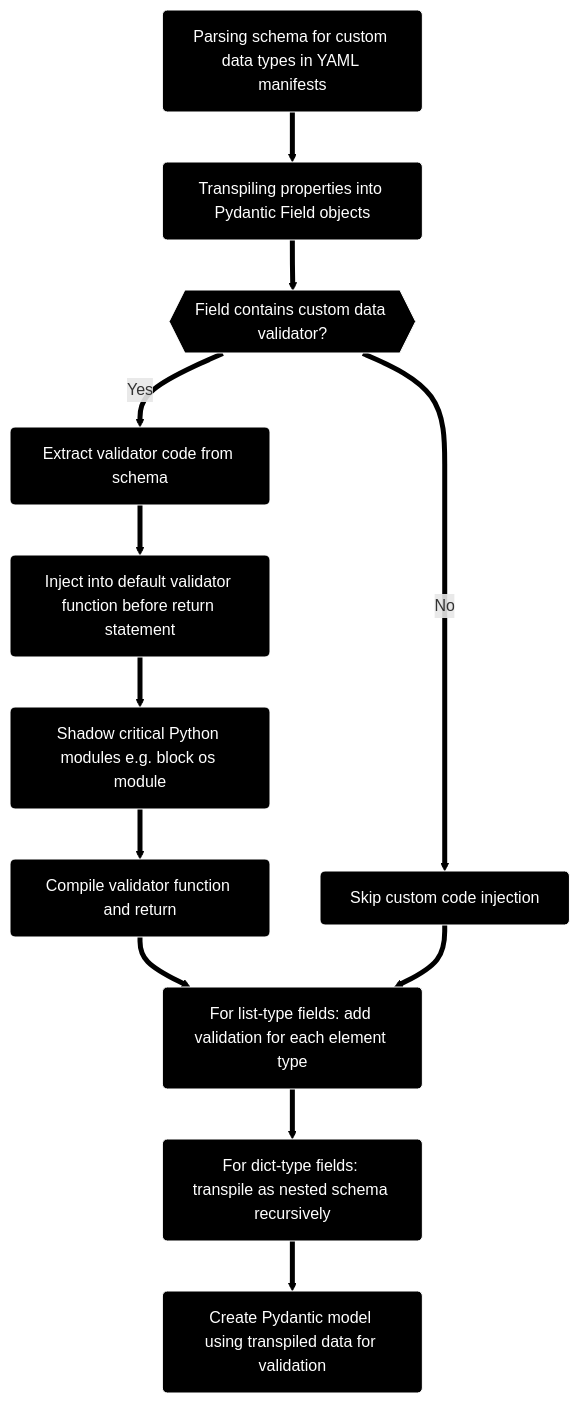
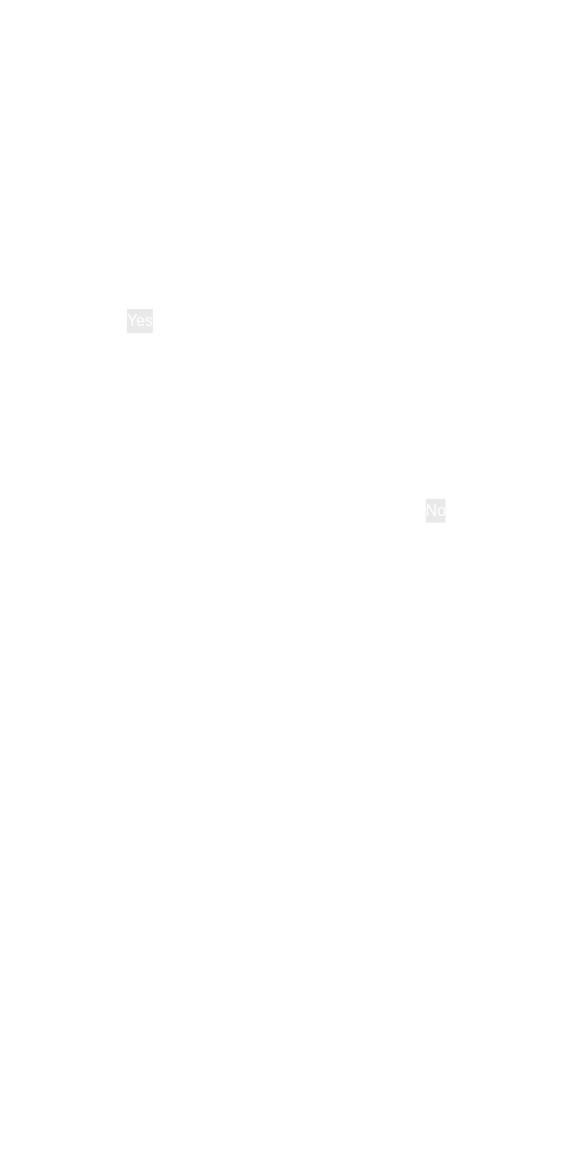
One commit to kamilrybacki/Phaistos changed the diagram in docs/getting-started/main-features.md. Above: the diagram before and after it, drawn with Mermaid.

````diff
--- a/docs/getting-started/main-features.md
+++ b/docs/getting-started/main-features.md
@@ -26,25 +26,26 @@
 ```mermaid
 %%{
   init: {
     'themeVariables': {
-      'lineColor': '#000'
+      'lineColor': '#fff',
+      'textColor': '#fff'
     }
   }
 }%%
 flowchart TD
     A[Parsing schema for custom data types in YAML manifests] --> B[Transpiling properties into Pydantic Field objects]
     B --> C{{Field contains custom data validator?}}
     C -->|Yes| C1[Extract validator code from schema]
     C1 --> C2[Inject into default validator function before return statement]
     C2 --> C3[Shadow critical Python modules e.g. block os module]
     C3 --> C4[Compile validator function and return]
     C -->|No| D[Skip custom code injection]
     C4 --> E[For list-type fields: add validation for each element type]
     D --> E
     E --> F[For dict-type fields: transpile as nested schema recursively]
     F --> G[Create Pydantic model using transpiled data for validation]
 
-classDef blackAndWhite fill:#000,stroke:#fff,color:#fff,rx:5px,ry:5px;
+classDef blackAndWhite fill:none,stroke:#fff,stroke-width:2px,color:#fff,rx:5px,ry:5px,font-size:11px,font-family:Courier;
 class A,B,C,C1,C2,C3,C4,D,E,F,G blackAndWhite;
-linkStyle default stroke:#000,stroke-width:5px;
+linkStyle default stroke:#fff,stroke-width:3px;
 ```
````
